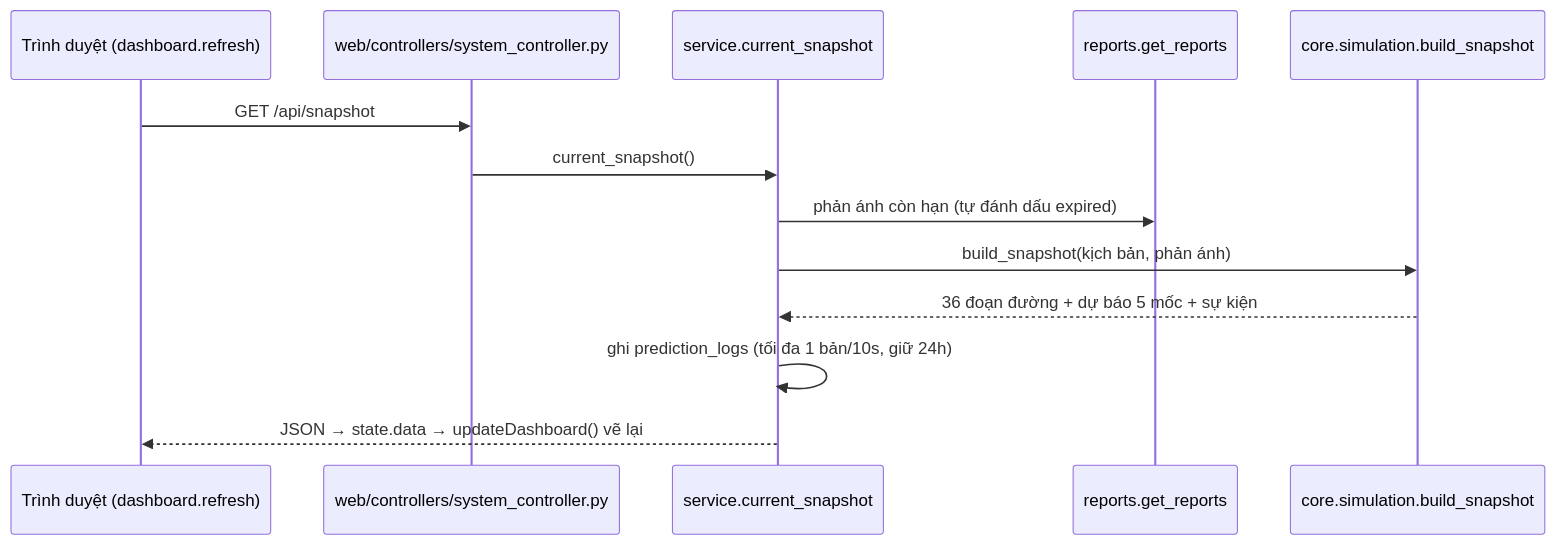
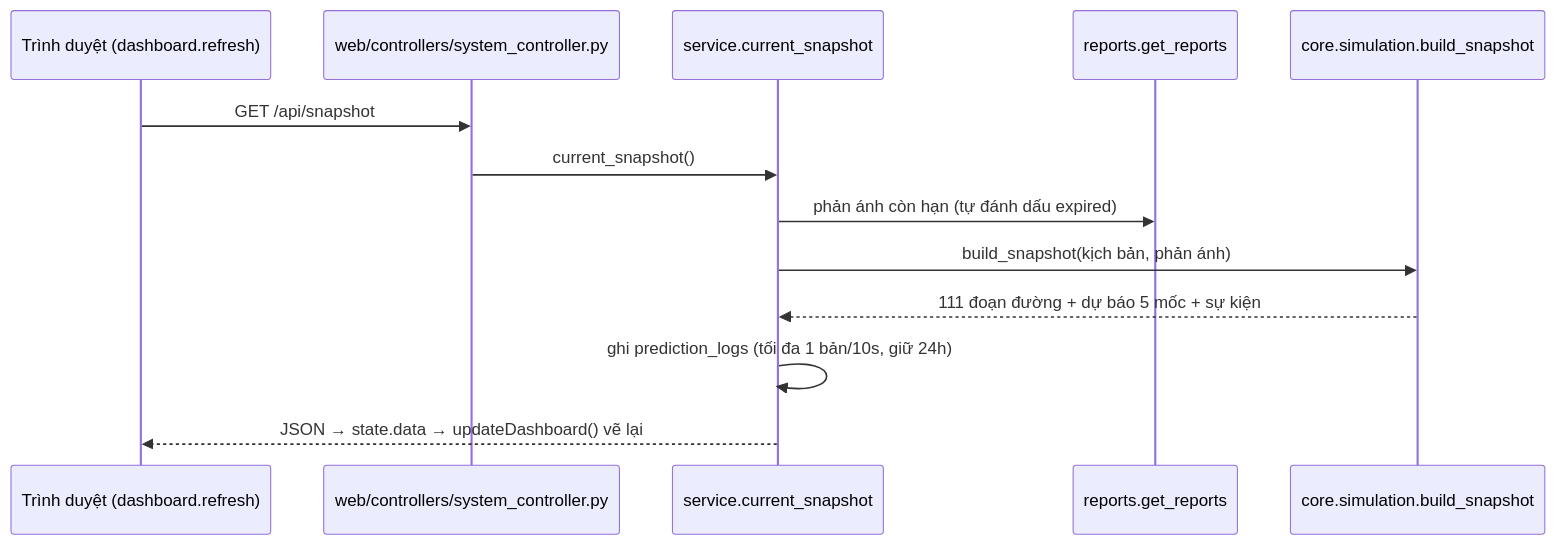
Before and after one commit to sample126/VietSafe: the second of 3 diagrams in docs/ARCHITECTURE.md, drawn with Mermaid. The commit also changed other lines of this file and 68 other files, not shown here.

````diff
--- a/docs/ARCHITECTURE.md
+++ b/docs/ARCHITECTURE.md
@@ -85,15 +88,15 @@
 ```mermaid
 sequenceDiagram
     participant B as Trình duyệt (dashboard.refresh)
     participant A as web/controllers/system_controller.py
     participant S as service.current_snapshot
     participant R as reports.get_reports
     participant C as core.simulation.build_snapshot
     B->>A: GET /api/snapshot
     A->>S: current_snapshot()
     S->>R: phản ánh còn hạn (tự đánh dấu expired)
     S->>C: build_snapshot(kịch bản, phản ánh)
-    C-->>S: 36 đoạn đường + dự báo 5 mốc + sự kiện
+    C-->>S: 111 đoạn đường + dự báo 5 mốc + sự kiện
     S->>S: ghi prediction_logs (tối đa 1 bản/10s, giữ 24h)
     S-->>B: JSON → state.data → updateDashboard() vẽ lại
 ```
````
